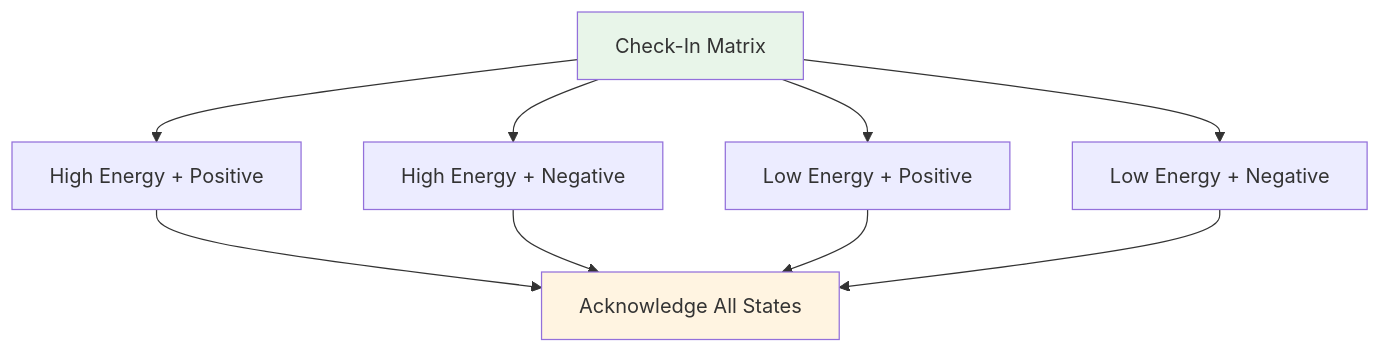
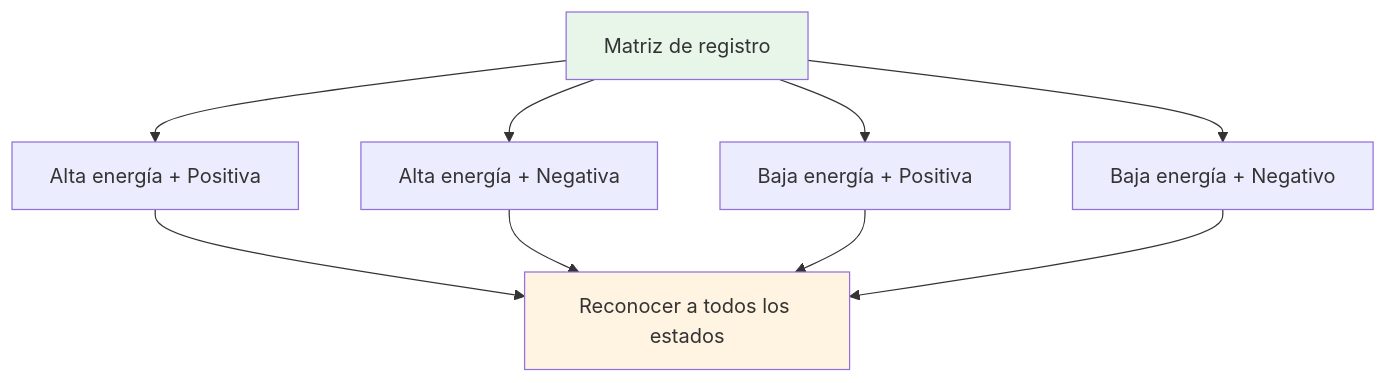
One commit to patwii/petanque-academy changed the third of 4 diagrams in docs/es/workshop.md. Above: the diagram before and after it, drawn with Mermaid. The commit also changed other lines of this file and 532 other files, not shown here.

````diff
--- a/docs/es/workshop.md
+++ b/docs/es/workshop.md
@@ -132,15 +260,15 @@
 ```mermaid
 graph TD
-    A[Check-In Matrix] --> B[High Energy + Positive]
-    A --> C[High Energy + Negative]
-    A --> D[Low Energy + Positive]
-    A --> E[Low Energy + Negative]
+    A[Matriz de registro] --> B[Alta energía + Positiva]
+    A --> C[Alta energía + Negativa]
+    A --> D[Baja energía + Positiva]
+    A --> E[Baja energía + Negativo]
 
-    B --> F[Acknowledge All States]
+    B --> F[Reconocer a todos los estados]
     C --> F
     D --> F
     E --> F
 
     style A fill:#e8f5e9
     style F fill:#fff4e1
 ```
````
